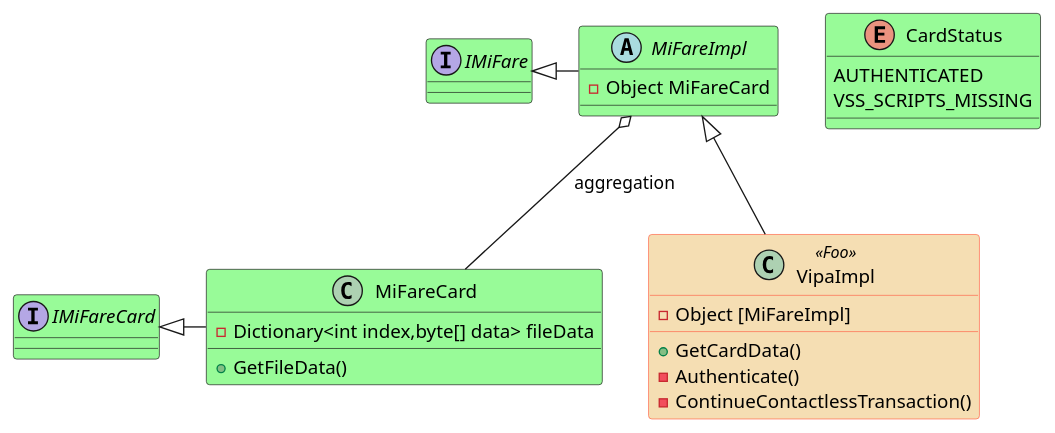
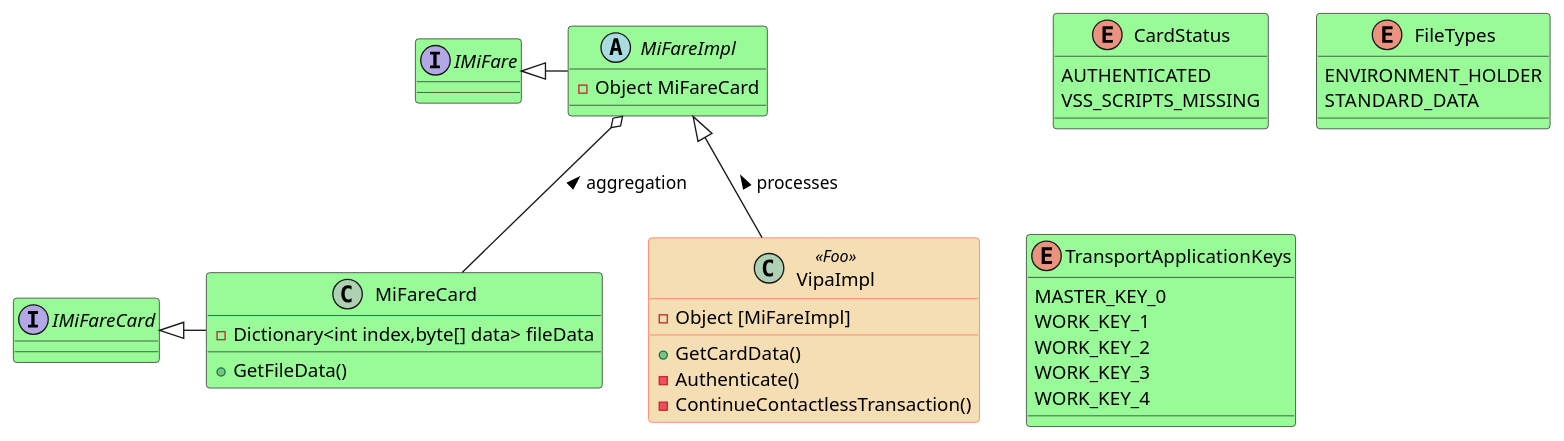
One commit to web-projects/MIFARE_APP changed the diagram in Documentation/ClassDiagram/MiFareCard.puml. Above: the diagram before and after it, drawn with PlantUML.

Commit message:
Add files via upload
Update to workflow

```diff
--- a/Documentation/ClassDiagram/MiFareCard.puml
+++ b/Documentation/ClassDiagram/MiFareCard.puml
@@ -1,44 +1,56 @@
 @startuml
 'https://plantuml.com/class-diagram
 
 ' reference
 ' https://plantuml.com/class-diagram
 
 interface IMiFare
 interface IMiFareCard
 
-MiFareImpl o-- MiFareCard : aggregation
+MiFareImpl o-- MiFareCard : < aggregation
 IMiFareCard <|- MiFareCard
 IMiFare <|- MiFareImpl
-MiFareImpl <|-- VipaImpl
+MiFareImpl <|-- VipaImpl : < processes
 
 skinparam class {
     BackgroundColor PaleGreen
     ArrowColor SeaGreen
     'BorderColor Red
     BackgroundColor<<Foo>> Wheat
     BorderColor<<Foo>> Tomato
 }
 
 class MiFareCard {
     -Dictionary<int index,byte[] data> fileData
     +GetFileData()
 }
 
 abstract class MiFareImpl {
     -Object MiFareCard
 }
 
 class VipaImpl <<Foo>> {
     -Object [MiFareImpl]
     +GetCardData()
     -Authenticate()
     -ContinueContactlessTransaction()
 }
 
 enum CardStatus {
-AUTHENTICATED
-VSS_SCRIPTS_MISSING
+    AUTHENTICATED
+    VSS_SCRIPTS_MISSING
 }
 
+enum FileTypes {
+    ENVIRONMENT_HOLDER
+    STANDARD_DATA
+}
+
+enum TransportApplicationKeys {
+    MASTER_KEY_0
+    WORK_KEY_1
+    WORK_KEY_2
+    WORK_KEY_3
+    WORK_KEY_4
+}
 @enduml
```
